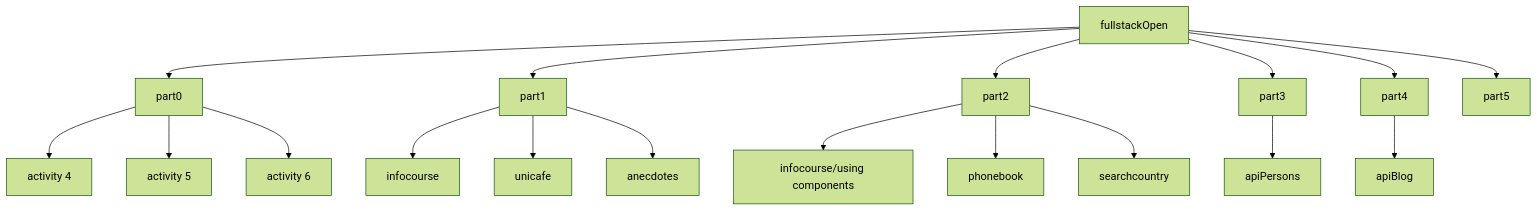
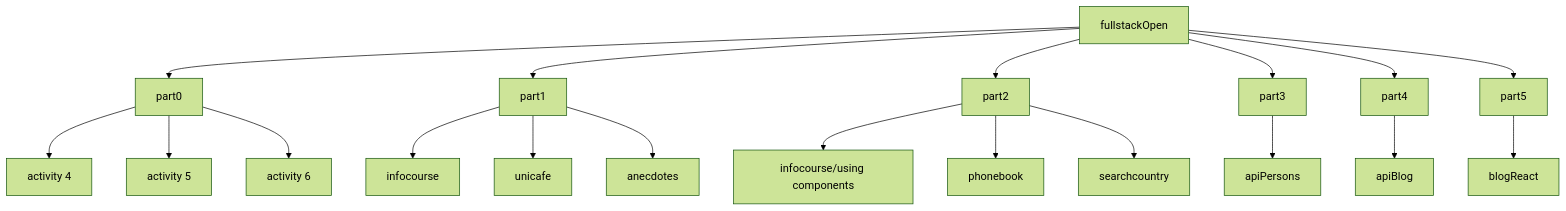
One commit to Aushzlten12/fullstackOpen changed the diagram in README.md. Above: the diagram before and after it, drawn with Mermaid (forest theme). The commit also changed 8 other files, not shown here.

````diff
--- a/README.md
+++ b/README.md
@@ -3,21 +3,22 @@
 ```mermaid
 graph TD
   A[fullstackOpen]
   A --> B[part0]
   A --> C[part1]
   A --> D[part2]
   A --> E[part3]
   A --> F[part4]
   A --> G[part5]
   B --> H[activity 4]
   B --> I[activity 5]
   B --> J[activity 6]
   C --> K[infocourse]
   C --> L[unicafe]
   C --> M[anecdotes]
   D --> N[infocourse/using components]
   D --> O[phonebook]
   D --> P[searchcountry]
   E --> Q[apiPersons]
   F --> R[apiBlog]
+  G --> S[blogReact]
 ```
````
